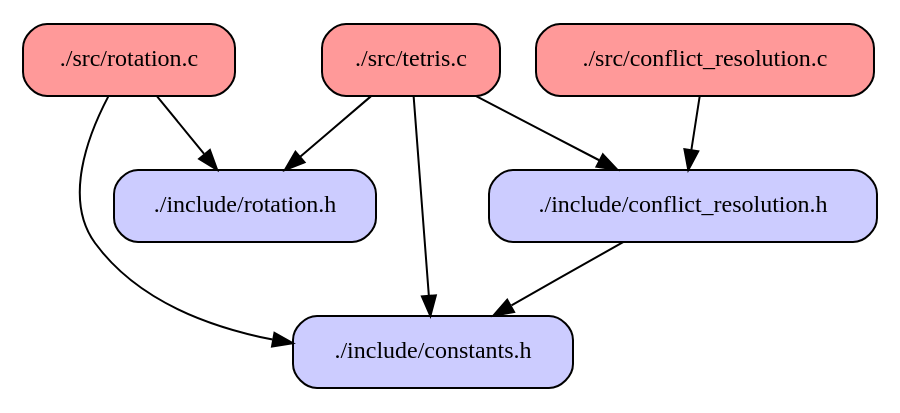
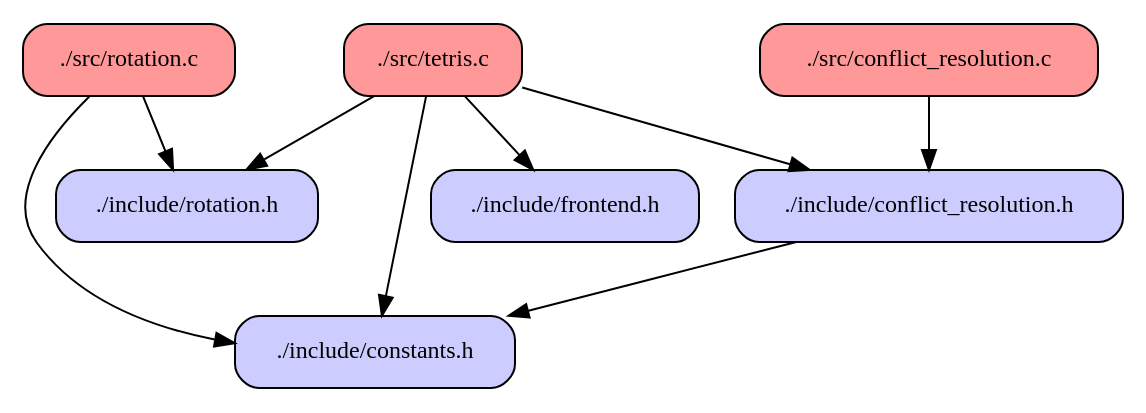
One commit to FyodorPotseluev/tetris changed the diagram in modules_interdependency.dot. Above: the diagram before and after it, drawn with Graphviz. The commit also changed 9 other files, not shown here.

```diff
--- a/modules_interdependency.dot
+++ b/modules_interdependency.dot
@@ -1,22 +1,24 @@
 digraph codeviz {
     splines=true
     sep="+15,15"
     overlap=scalexy
 
     node [shape=Mrecord, fontsize=12]
 
     node [fillcolor="#ccccff", style=filled] "./include/conflict_resolution.h" [label = "./include/conflict_resolution.h"]
     node [fillcolor="#ccccff", style=filled] "./include/constants.h"           [label = "./include/constants.h"]
+    node [fillcolor="#ccccff", style=filled] "./include/frontend.h"            [label = "./include/frontend.h"]
     node [fillcolor="#ccccff", style=filled] "./include/rotation.h"            [label = "./include/rotation.h"]
     node [fillcolor="#ff9999", style=filled] "./src/conflict_resolution.c"     [label = "./src/conflict_resolution.c"]
     node [fillcolor="#ff9999", style=filled] "./src/rotation.c"                [label = "./src/rotation.c"]
     node [fillcolor="#ff9999", style=filled] "./src/tetris.c"                  [label = "./src/tetris.c"]
 
     "./include/conflict_resolution.h" -> "./include/constants.h"
     "./src/conflict_resolution.c"     -> "./include/conflict_resolution.h"
     "./src/rotation.c"                -> "./include/rotation.h"
     "./src/rotation.c"                -> "./include/constants.h"
     "./src/tetris.c"                  -> "./include/conflict_resolution.h"
     "./src/tetris.c"                  -> "./include/constants.h"
+    "./src/tetris.c"                  -> "./include/frontend.h"
     "./src/tetris.c"                  -> "./include/rotation.h"
 }
```
